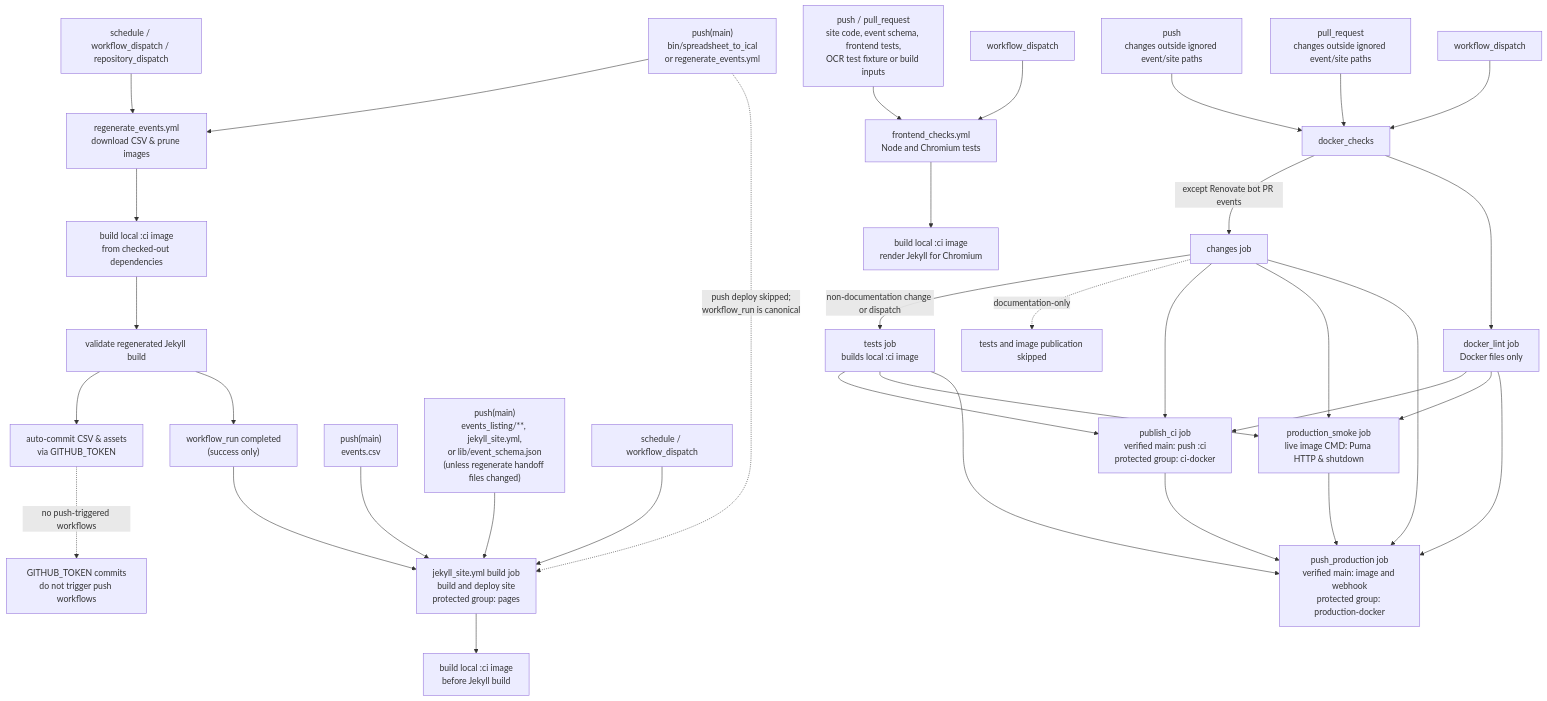
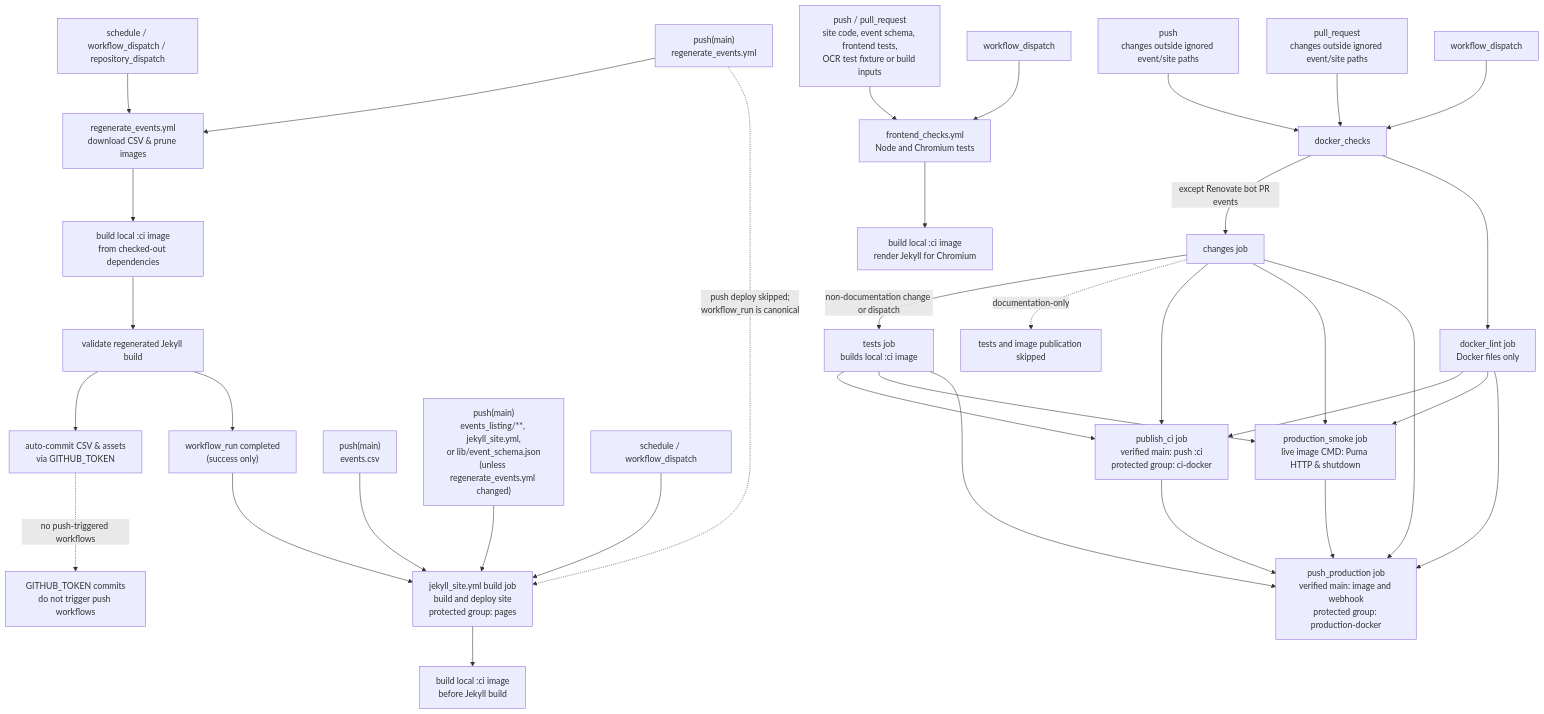
Before and after one commit to zewelor/ps_events: the diagram in .github/workflows/README.md, drawn with Mermaid. The commit also changed 4 other files, not shown here.

````diff
--- a/.github/workflows/README.md
+++ b/.github/workflows/README.md
@@ -9,44 +9,44 @@
 ```mermaid
 flowchart TD
-    push_regen["push(main)<br/>bin/spreadsheet_to_ical<br/>or regenerate_events.yml"] --> regenerate["regenerate_events.yml<br/>download CSV & prune images"]
+    push_regen["push(main)<br/>regenerate_events.yml"] --> regenerate["regenerate_events.yml<br/>download CSV & prune images"]
     schedule_regen["schedule / workflow_dispatch / repository_dispatch"] --> regenerate
 
     regenerate --> regen_image["build local :ci image<br/>from checked-out dependencies"]
     regen_image --> regen_validate["validate regenerated Jekyll build"]
     regen_validate --> regen_commit["auto-commit CSV & assets<br/>via GITHUB_TOKEN"]
     regen_validate --> regen_complete["workflow_run completed<br/>(success only)"]
     regen_complete --> jekyll["jekyll_site.yml build job<br/>build and deploy site<br/>protected group: pages"]
 
     regen_commit -. no push-triggered workflows .-> token_note["GITHUB_TOKEN commits<br/>do not trigger push workflows"]
     push_regen -. push deploy skipped;<br/>workflow_run is canonical .-> jekyll
 
     push_events["push(main)<br/>events.csv"] --> jekyll
 
-    push_site["push(main)<br/>events_listing/**, jekyll_site.yml,<br/>or lib/event_schema.json<br/>(unless regenerate handoff files changed)"] --> jekyll
+    push_site["push(main)<br/>events_listing/**, jekyll_site.yml,<br/>or lib/event_schema.json<br/>(unless regenerate_events.yml changed)"] --> jekyll
     schedule_site["schedule / workflow_dispatch"] --> jekyll
     jekyll --> site_image["build local :ci image<br/>before Jekyll build"]
 
     frontend_change["push / pull_request<br/>site code, event schema, frontend tests,<br/>OCR test fixture or build inputs"] --> frontend_checks["frontend_checks.yml<br/>Node and Chromium tests"]
     dispatch_frontend["workflow_dispatch"] --> frontend_checks
     frontend_checks --> frontend_image["build local :ci image<br/>render Jekyll for Chromium"]
 
     push_backend["push<br/>changes outside ignored event/site paths"] --> docker_checks
     pr_backend["pull_request<br/>changes outside ignored event/site paths"] --> docker_checks
     dispatch_backend["workflow_dispatch"] --> docker_checks
 
     docker_checks -->|except Renovate bot PR events| docker_changes["changes job"]
     docker_changes -->|non-documentation change or dispatch| docker_tests["tests job<br/>builds local :ci image"]
     docker_changes -. documentation-only .-> docker_docs["tests and image publication skipped"]
     docker_checks --> docker_lint["docker_lint job<br/>Docker files only"]
     docker_tests --> docker_ci["publish_ci job<br/>verified main: push :ci<br/>protected group: ci-docker"]
     docker_changes --> docker_ci
     docker_lint --> docker_ci
     docker_tests --> docker_smoke["production_smoke job<br/>live image CMD: Puma HTTP & shutdown"]
     docker_changes --> docker_smoke
     docker_lint --> docker_smoke
     docker_ci --> docker_production["push_production job<br/>verified main: image and webhook<br/>protected group: production-docker"]
     docker_smoke --> docker_production
     docker_changes --> docker_production
     docker_tests --> docker_production
     docker_lint --> docker_production
 ```
````
